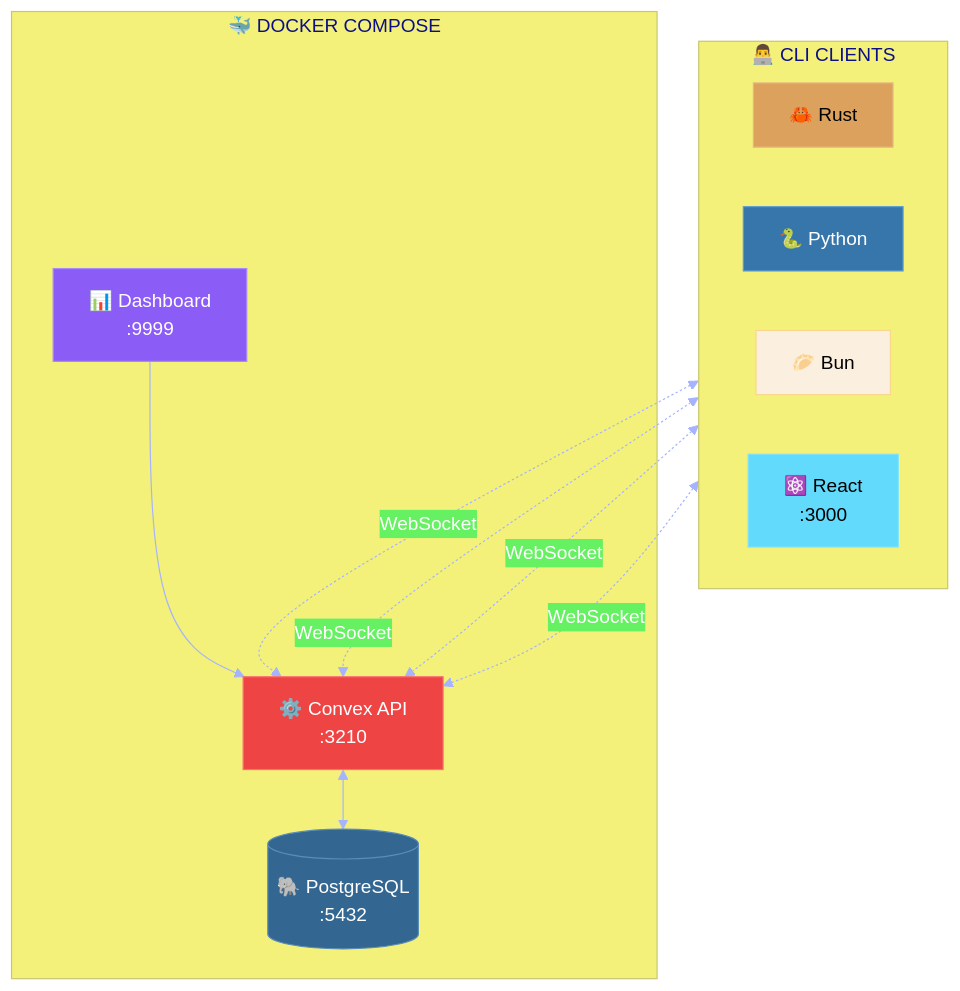
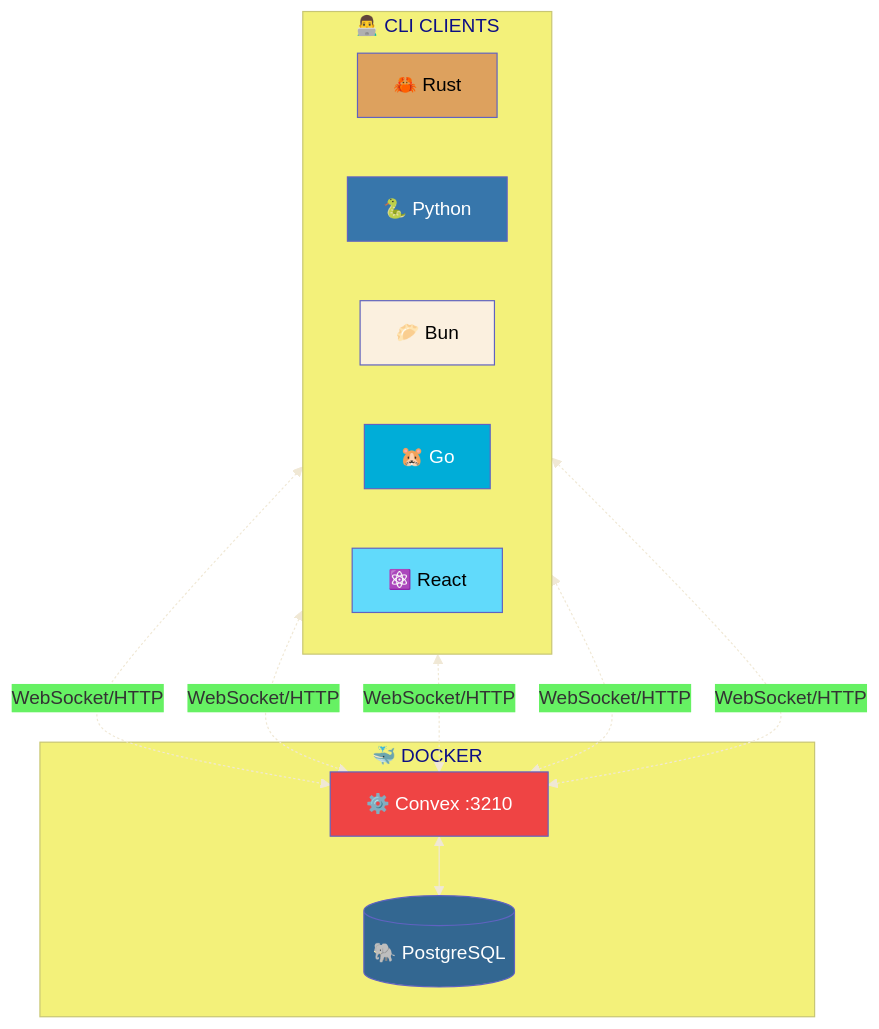
The diagram in README.md (sabry-awad97/convex-notes), drawn with Mermaid before and after one commit. The commit also changed other lines of this file and 15 other files, not shown here.

````diff
--- a/README.md
+++ b/README.md
@@ -109,30 +93,29 @@
 ```mermaid
-%%{init: {'theme': 'base', 'themeVariables': { 'primaryColor': '#6366f1', 'primaryTextColor': '#fff', 'primaryBorderColor': '#818cf8', 'lineColor': '#a5b4fc', 'background': '#0f172a', 'mainBkg': '#1e293b'}}}%%
+%%{init: {'theme': 'base', 'themeVariables': { 'primaryColor': '#6366f1', 'background': '#0f172a'}}}%%
 
 flowchart TB
-    subgraph DOCKER["🐳 DOCKER COMPOSE"]
-        PG[("🐘 PostgreSQL<br/>:5432")]
-        API["⚙️ Convex API<br/>:3210"]
-        DASH["📊 Dashboard<br/>:9999"]
+    subgraph DOCKER["🐳 DOCKER"]
+        PG[("🐘 PostgreSQL")]
+        API["⚙️ Convex :3210"]
     end
 
     subgraph CLIENTS["👨‍💻 CLI CLIENTS"]
         direction LR
         RUST["🦀 Rust"]
         PYTHON["🐍 Python"]
         BUN["🥟 Bun"]
-        REACT["⚛️ React<br/>:3000"]
+        GO["🐹 Go"]
+        REACT["⚛️ React"]
     end
 
-    RUST & PYTHON & BUN & REACT <-. "WebSocket" .-> API
+    RUST & PYTHON & BUN & GO & REACT <-. "WebSocket/HTTP" .-> API
     API <--> PG
-    DASH --> API
 
-    style PG fill:#336791,stroke:#5A8DB8,color:#fff
-    style API fill:#ef4444,stroke:#f87171,color:#fff
-    style DASH fill:#8b5cf6,stroke:#a78bfa,color:#fff
-    style RUST fill:#dda15e,stroke:#e5b97e,color:#000
-    style PYTHON fill:#3776ab,stroke:#5a9bd4,color:#fff
-    style BUN fill:#fbf0df,stroke:#f9d68b,color:#000
-    style REACT fill:#61dafb,stroke:#81e4fc,color:#000
+    style PG fill:#336791,color:#fff
+    style API fill:#ef4444,color:#fff
+    style RUST fill:#dda15e,color:#000
+    style PYTHON fill:#3776ab,color:#fff
+    style BUN fill:#fbf0df,color:#000
+    style GO fill:#00add8,color:#fff
+    style REACT fill:#61dafb,color:#000
 ```
````
